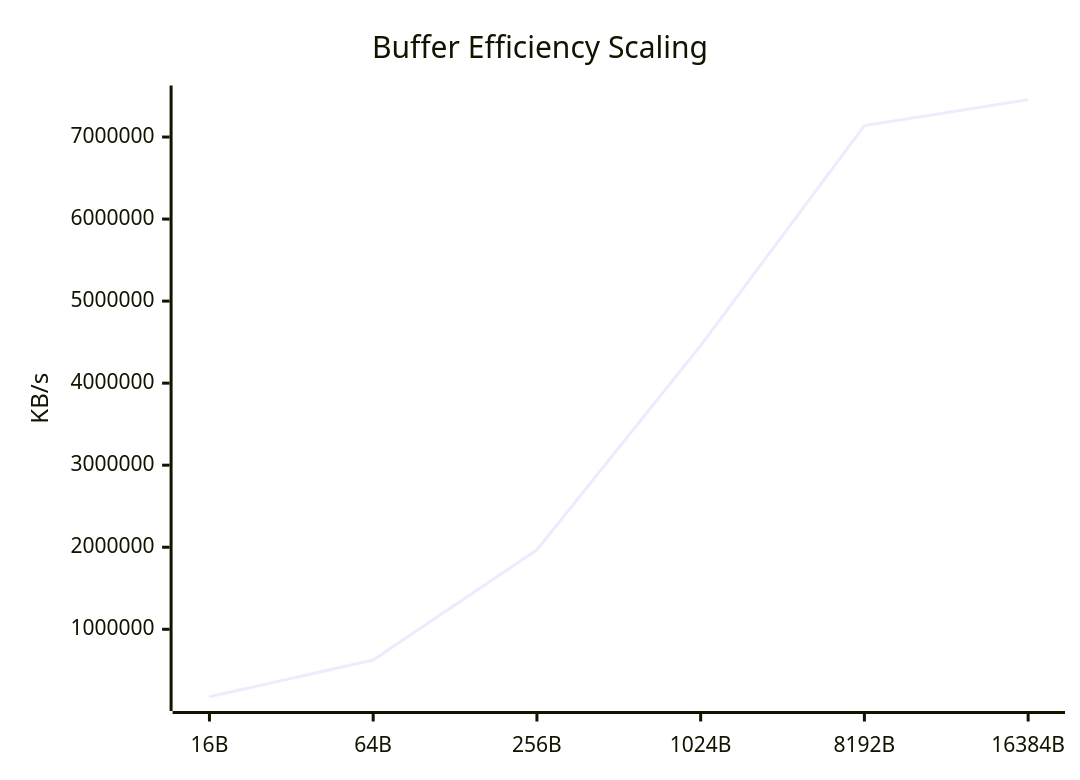
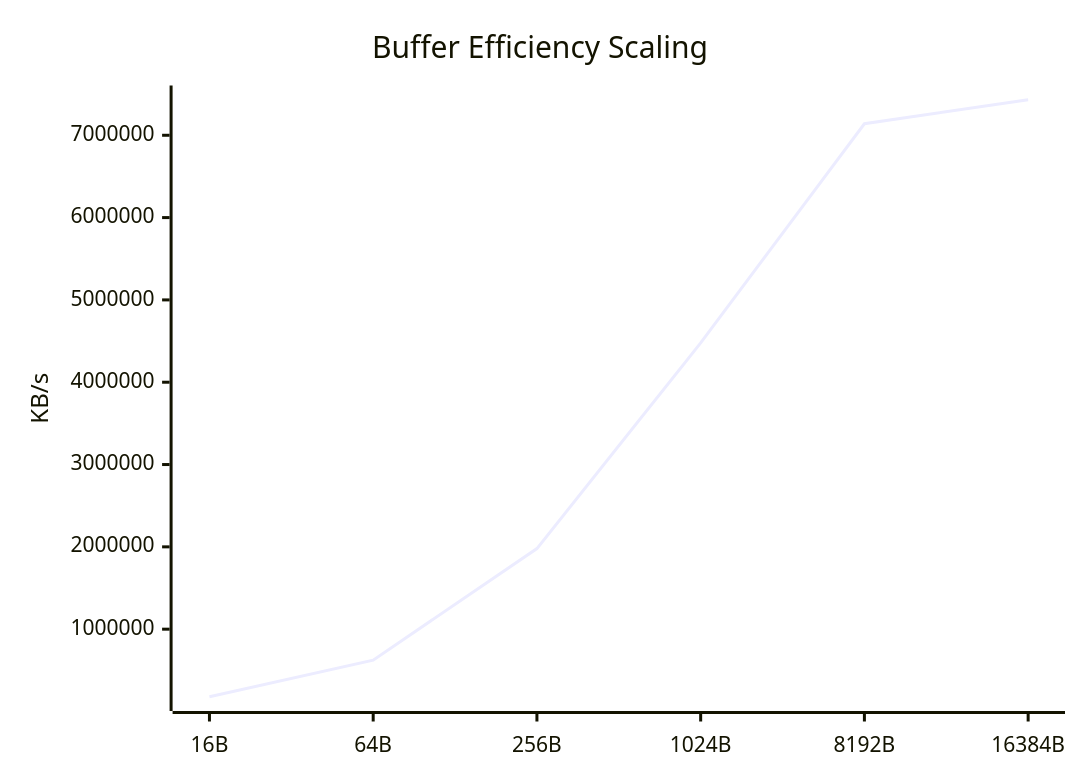
One commit to taha2samy/openssl_fips changed the seventh of 9 diagrams in docs/Comparison_Report.md. Above: the diagram before and after it, drawn with Mermaid. The commit also changed other lines of this file and 3 other files, not shown here.

````diff
--- a/docs/Comparison_Report.md
+++ b/docs/Comparison_Report.md
@@ -110,7 +110,7 @@
 ```mermaid
 xychart-beta
     title "Buffer Efficiency Scaling"
     x-axis [16B, 64B, 256B, 1024B, 8192B, 16384B]
     y-axis "KB/s"
-    line [177673.23, 624600.51, 1968647.68, 4457332.74, 7139401.73, 7454343.17]
+    line [179037.29, 623745.41, 1979208.7, 4477504.51, 7140089.86, 7431528.45]
 ```
````
